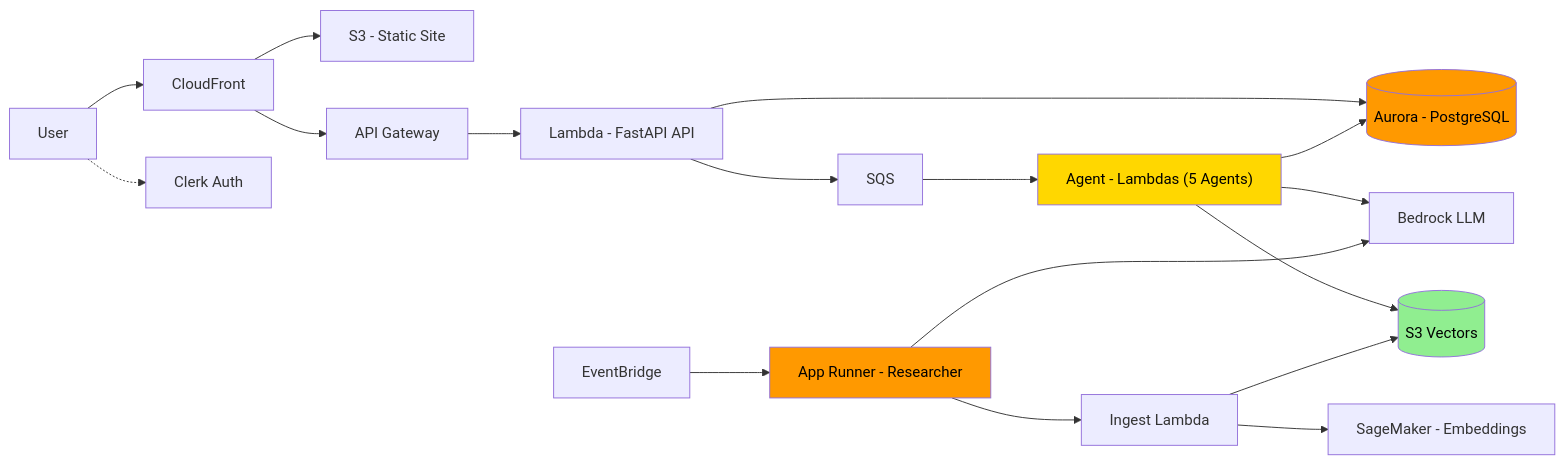
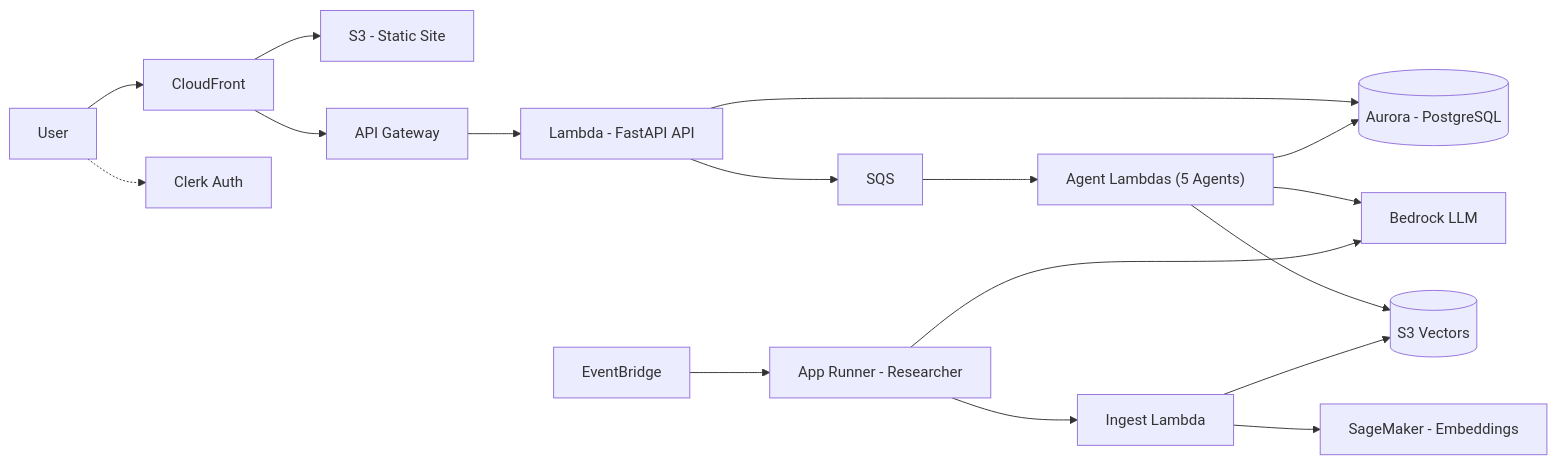
One commit to Vedant-Jayesh-Oza/Stratos changed the first of 4 diagrams in README.md. Above: the diagram before and after it, drawn with Mermaid. The commit also changed other lines of this file, not shown here.

````diff
--- a/README.md
+++ b/README.md
@@ -57,26 +54,21 @@
 ```mermaid
 graph LR
     User["User"] --> CF["CloudFront"]
     CF --> S3["S3 - Static Site"]
     CF --> APIGW["API Gateway"]
     APIGW --> API["Lambda - FastAPI API"]
     API --> Aurora[("Aurora - PostgreSQL")]
     API --> SQS["SQS"]
-    SQS --> Agents["Agent - Lambdas (5 Agents)"]
+    SQS --> Agents["Agent Lambdas (5 Agents)"]
     Agents --> Bedrock["Bedrock LLM"]
     Agents --> Aurora
     Agents --> S3V[("S3 Vectors")]
 
     EB["EventBridge"] --> Researcher["App Runner - Researcher"]
     Researcher --> Bedrock
     Researcher --> Ingest["Ingest Lambda"]
     Ingest --> SM["SageMaker - Embeddings"]
     Ingest --> S3V
 
     User -.-> Clerk["Clerk Auth"]
-
-    style Agents fill:#FFD700,color:#000
-    style S3V fill:#90EE90,color:#000
-    style Researcher fill:#FF9900,color:#000
-    style Aurora fill:#FF9900,color:#000
 ```
````
